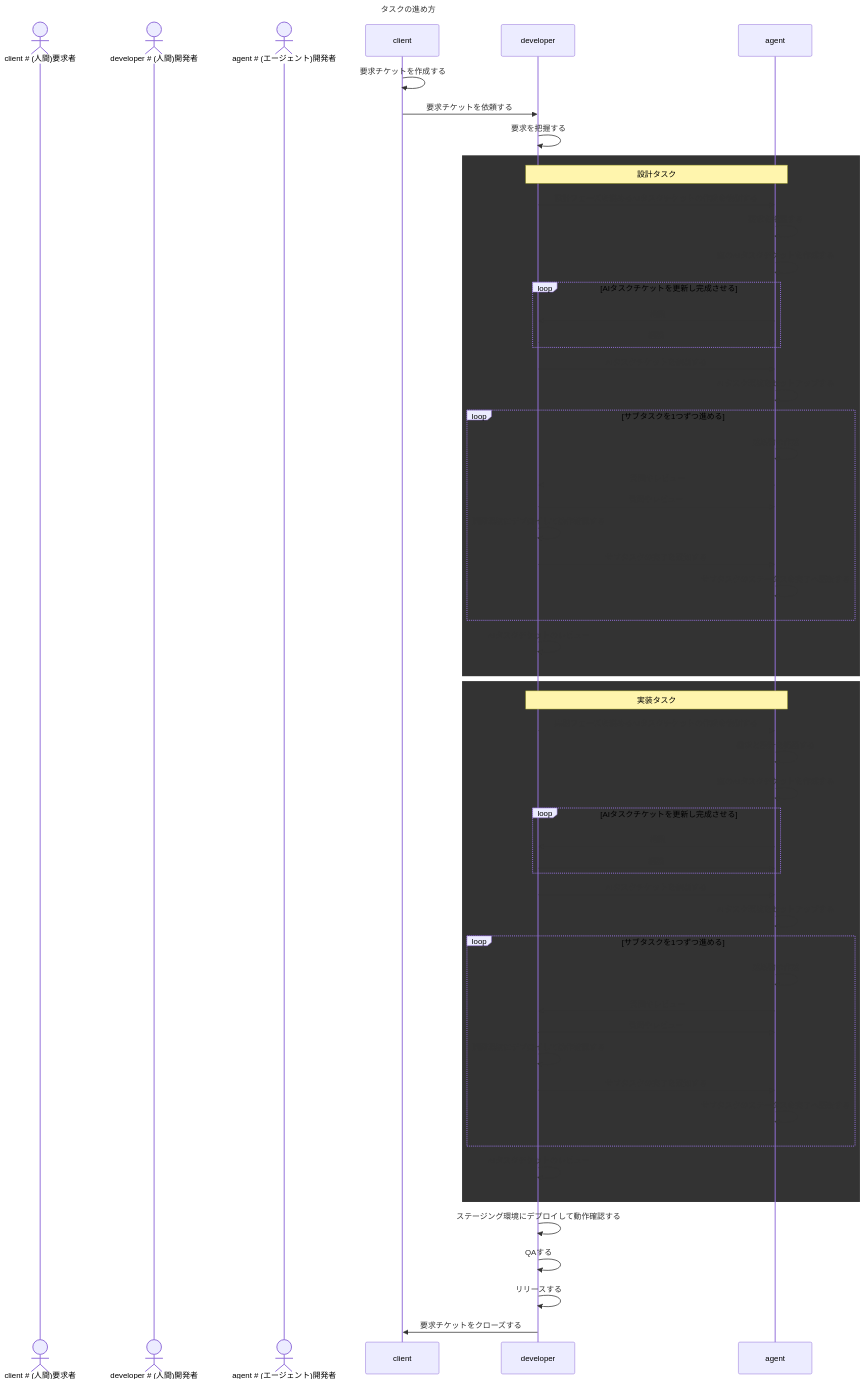
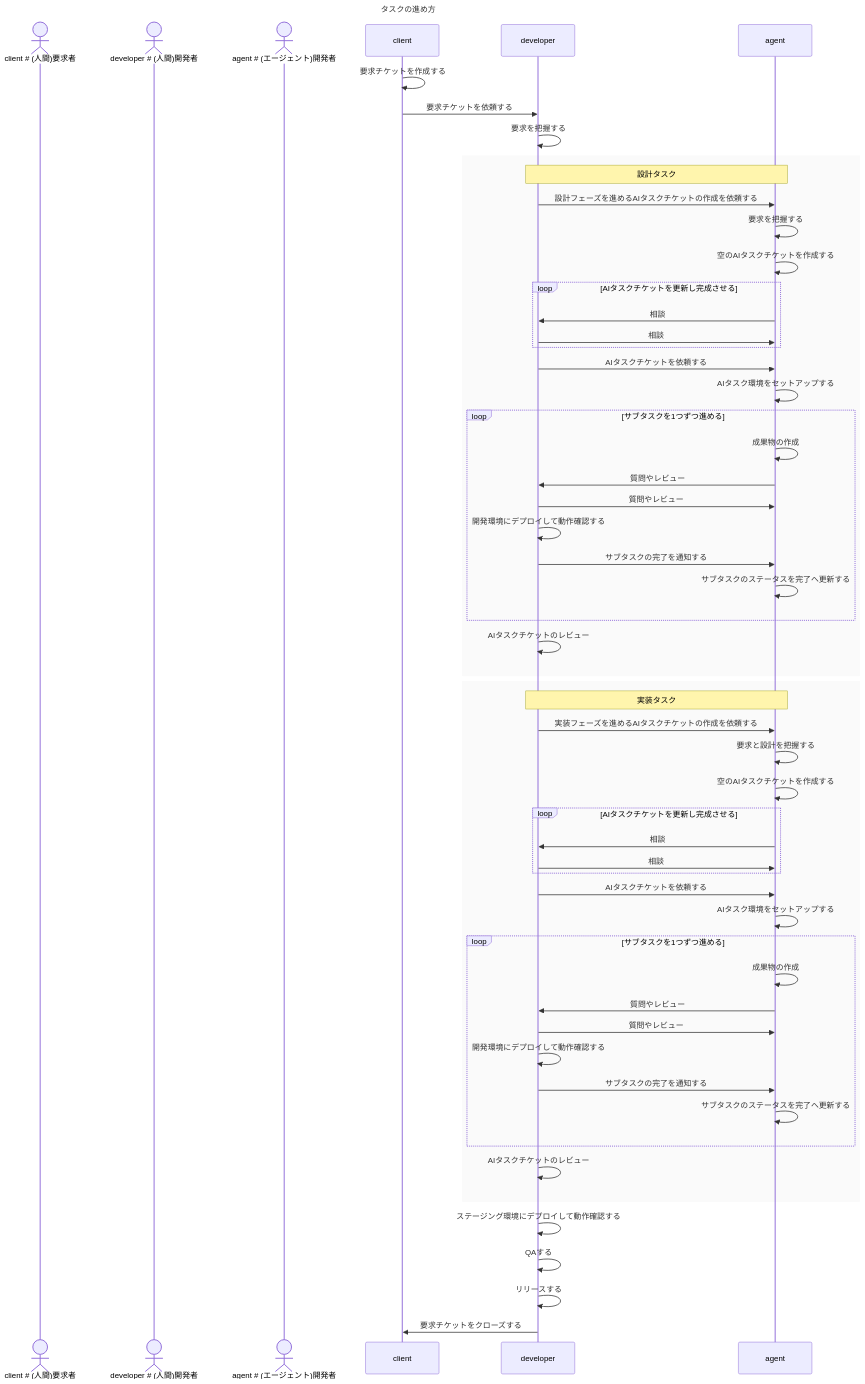
The diagram in AGENTS.md (suzuito/playground2-go), drawn with Mermaid before and after one commit.

````diff
--- a/AGENTS.md
+++ b/AGENTS.md
@@ -86,66 +86,66 @@
 ```mermaid
 ---
 title: タスクの進め方
 ---
 sequenceDiagram
   actor client # (人間)要求者
   actor developer # (人間)開発者
   actor agent # (エージェント)開発者
 
   client->>client: 要求チケットを作成する
   client->>developer: 要求チケットを依頼する
   developer->>developer: 要求を把握する
 
-  rect rgb(eee, eee, eee)
+  rect rgb(200,200,200,0.1)
     Note over developer,agent: 設計タスク
     developer->>agent: 設計フェーズを進めるAIタスクチケットの作成を依頼する
     agent->>agent: 要求を把握する
     agent->>agent: 空のAIタスクチケットを作成する
     loop AIタスクチケットを更新し完成させる
       agent->>developer: 相談
       developer->>agent: 相談
     end
 
     developer->>agent: AIタスクチケットを依頼する
     agent->>agent: AIタスク環境をセットアップする
     loop サブタスクを1つずつ進める
       agent->>agent: 成果物の作成
       agent->>developer: 質問やレビュー
       developer->>agent: 質問やレビュー
       developer->>developer: 開発環境にデプロイして動作確認する
       developer->>agent: サブタスクの完了を通知する
       agent->>agent: サブタスクのステータスを完了へ更新する
     end
 
     developer->>developer: AIタスクチケットのレビュー
   end
 
-  rect rgb(eee, eee, eee)
+  rect rgb(200,200,200,0.1)
     Note over developer,agent: 実装タスク
     developer->>agent: 実装フェーズを進めるAIタスクチケットの作成を依頼する
     agent->>agent: 要求と設計を把握する
     agent->>agent: 空のAIタスクチケットを作成する
     loop AIタスクチケットを更新し完成させる
       agent->>developer: 相談
       developer->>agent: 相談
     end
 
     developer->>agent: AIタスクチケットを依頼する
     agent->>agent: AIタスク環境をセットアップする
     loop サブタスクを1つずつ進める
       agent->>agent: 成果物の作成
       agent->>developer: 質問やレビュー
       developer->>agent: 質問やレビュー
       developer->>developer: 開発環境にデプロイして動作確認する
       developer->>agent: サブタスクの完了を通知する
       agent->>agent: サブタスクのステータスを完了へ更新する
     end
 
     developer->>developer: AIタスクチケットのレビュー
   end
 
   developer->>developer: ステージング環境にデプロイして動作確認する
   developer->>developer: QAする
   developer->>developer: リリースする
   developer->>client: 要求チケットをクローズする
 ```
````
